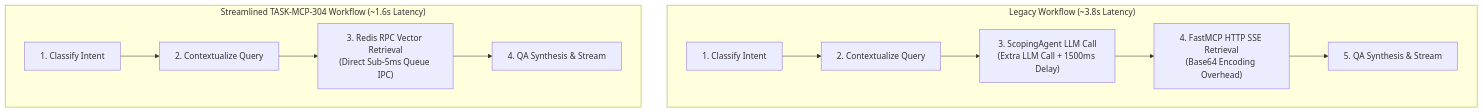
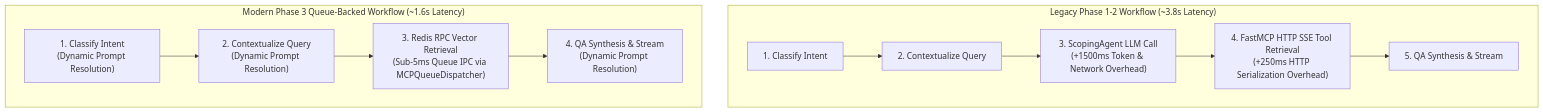
The diagram in docs/PULL_REQUEST.md (akvo/akvo-rag), drawn with Mermaid before and after one commit. The commit also changed other lines of this file and 1 other file, not shown here.

Commit message:
[#127] docs(pr): add Phase 3 PR description and QA verification guide

````diff
--- a/docs/PULL_REQUEST.md
+++ b/docs/PULL_REQUEST.md
@@ -42,15 +71,15 @@
 ```mermaid
 graph TD
-    subgraph LegacyFlow["Legacy Workflow (~3.8s Latency)"]
+    subgraph LegacyFlow["Legacy Phase 1-2 Workflow (~3.8s Latency)"]
         L1["1. Classify Intent"] --> L2["2. Contextualize Query"]
-        L2 --> L3["3. ScopingAgent LLM Call<br/>(Extra LLM Call + 1500ms Delay)"]
-        L3 --> L4["4. FastMCP HTTP SSE Retrieval<br/>(Base64 Encoding Overhead)"]
+        L2 --> L3["3. ScopingAgent LLM Call<br/>(+1500ms Token & Network Overhead)"]
+        L3 --> L4["4. FastMCP HTTP SSE Tool Retrieval<br/>(+250ms HTTP Serialization Overhead)"]
         L4 --> L5["5. QA Synthesis & Stream"]
     end
 
-    subgraph ModernFlow["Streamlined TASK-MCP-304 Workflow (~1.6s Latency)"]
-        M1["1. Classify Intent"] --> M2["2. Contextualize Query"]
-        M2 --> M3["3. Redis RPC Vector Retrieval<br/>(Direct Sub-5ms Queue IPC)"]
-        M3 --> M4["4. QA Synthesis & Stream"]
+    subgraph Phase3Flow["Modern Phase 3 Queue-Backed Workflow (~1.6s Latency)"]
+        P1["1. Classify Intent<br/>(Dynamic Prompt Resolution)"] --> P2["2. Contextualize Query<br/>(Dynamic Prompt Resolution)"]
+        P2 --> P3["3. Redis RPC Vector Retrieval<br/>(Sub-5ms Queue IPC via MCPQueueDispatcher)"]
+        P3 --> P4["4. QA Synthesis & Stream<br/>(Dynamic Prompt Resolution)"]
     end
 ```
````
